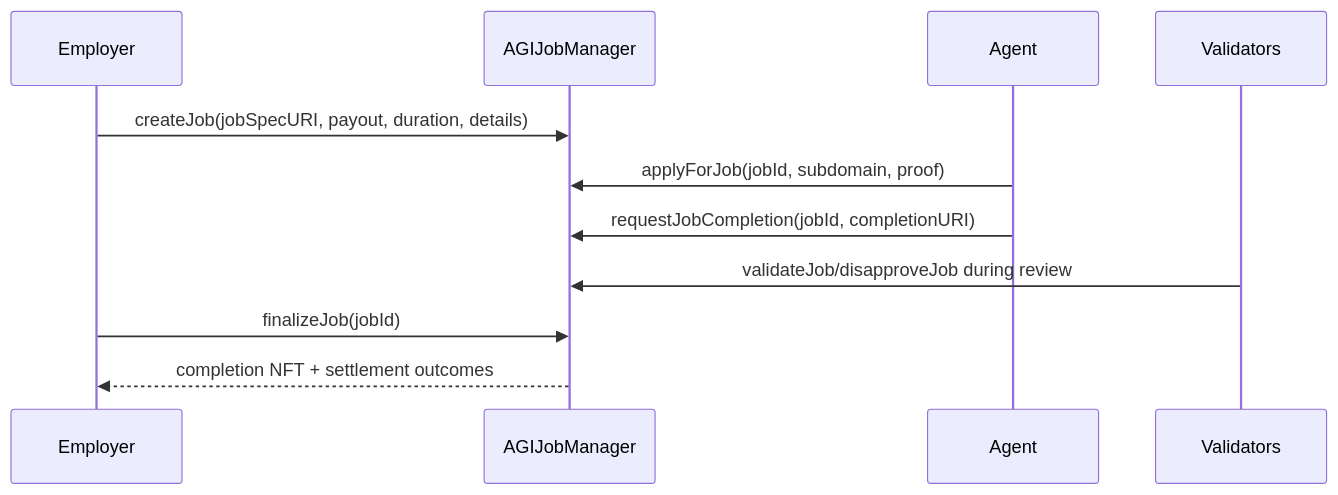
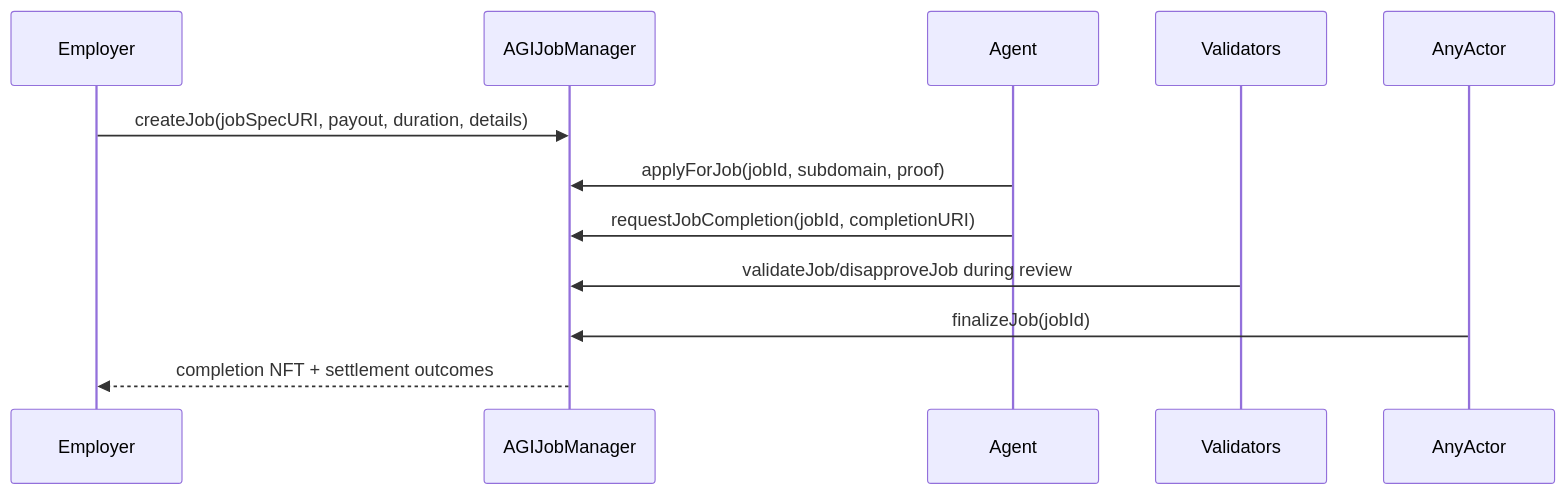
Before and after one commit to MontrealAI/AGIJobManager: the fourth of 4 diagrams in docs/DEPLOYMENT/OWNER_MAINNET_DEPLOYMENT_AND_OPERATIONS_GUIDE.md, drawn with Mermaid. The commit also changed other lines of this file, not shown here.

````diff
--- a/docs/DEPLOYMENT/OWNER_MAINNET_DEPLOYMENT_AND_OPERATIONS_GUIDE.md
+++ b/docs/DEPLOYMENT/OWNER_MAINNET_DEPLOYMENT_AND_OPERATIONS_GUIDE.md
@@ -322,14 +323,15 @@
 ```mermaid
 sequenceDiagram
   participant Employer
   participant Contract as AGIJobManager
   participant Agent
   participant Validators
+  participant AnyActor
 
   Employer->>Contract: createJob(jobSpecURI, payout, duration, details)
   Agent->>Contract: applyForJob(jobId, subdomain, proof)
   Agent->>Contract: requestJobCompletion(jobId, completionURI)
   Validators->>Contract: validateJob/disapproveJob during review
-  Employer->>Contract: finalizeJob(jobId)
+  AnyActor->>Contract: finalizeJob(jobId)
   Contract-->>Employer: completion NFT + settlement outcomes
 ```
````
